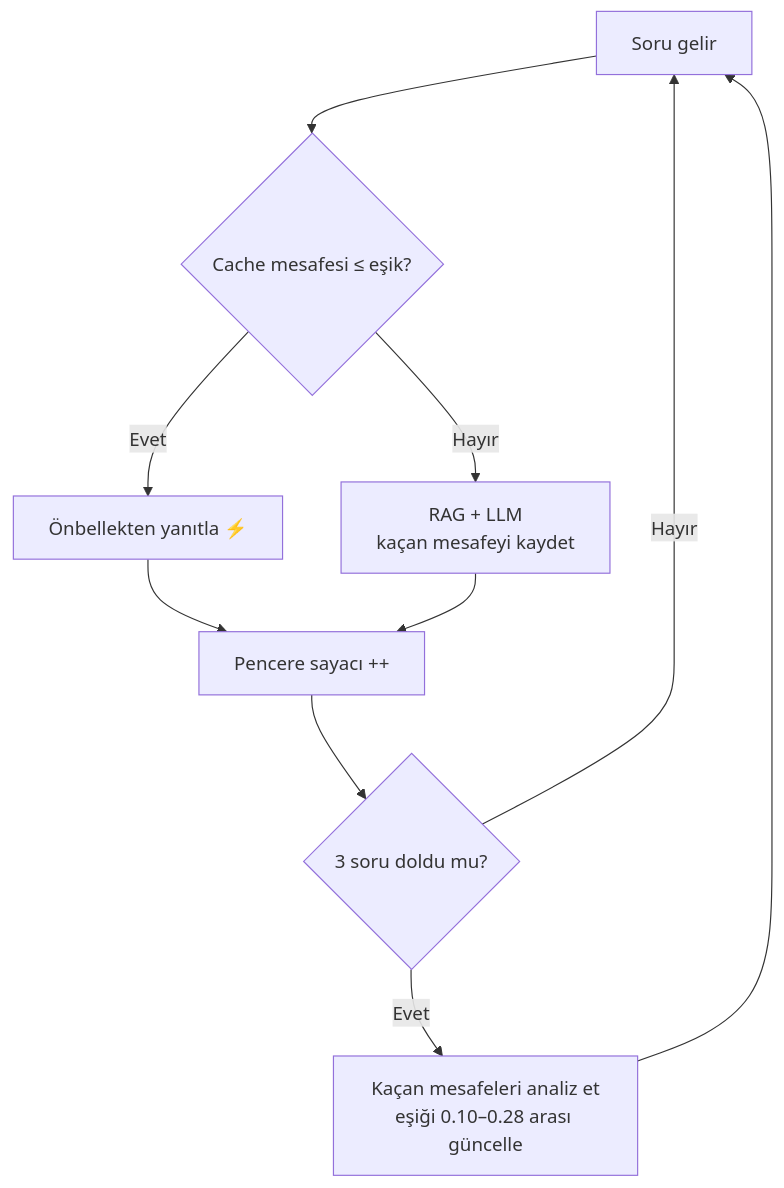
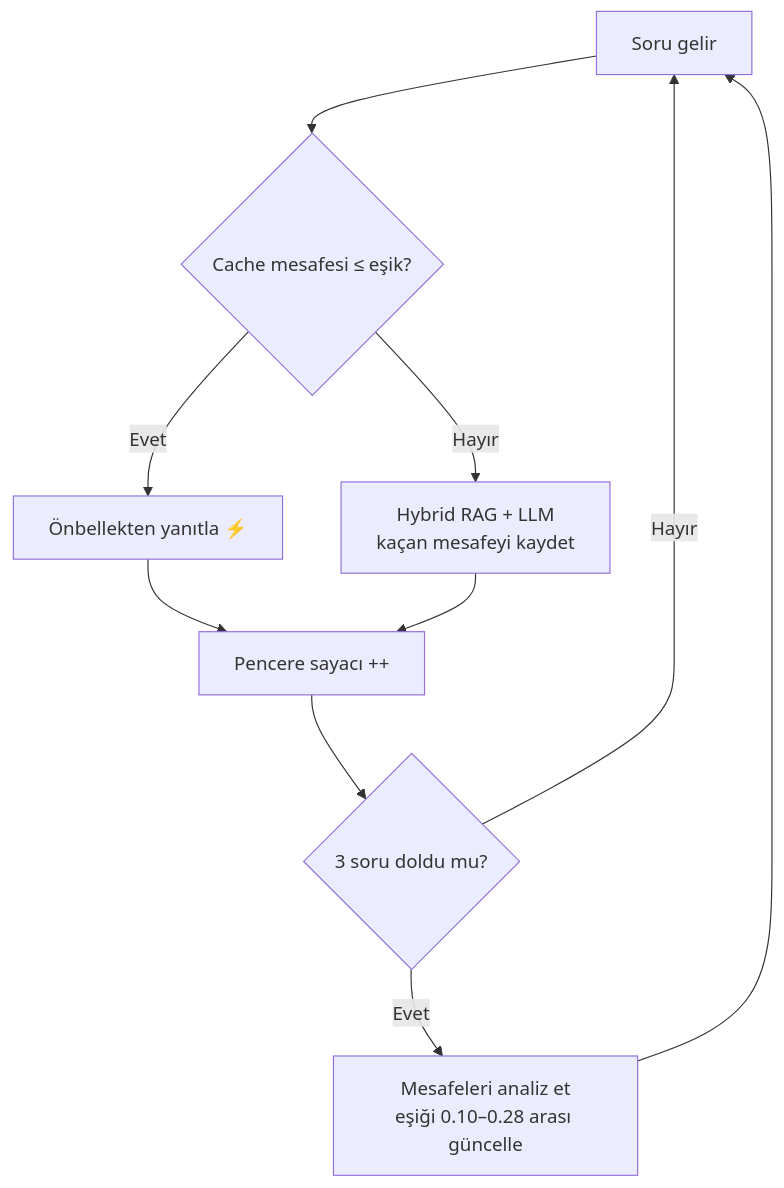
The third of 3 diagrams in README.md (fevziacikgoz/RagProject), drawn with Mermaid before and after one commit. The commit also changed other lines of this file and 15 other files, not shown here.

````diff
--- a/README.md
+++ b/README.md
@@ -153,12 +123,12 @@
 ```mermaid
 flowchart TD
     Q["Soru gelir"] --> M{"Cache mesafesi ≤ eşik?"}
     M -- "Evet" --> H["Önbellekten yanıtla ⚡"]
-    M -- "Hayır" --> R["RAG + LLM<br/>kaçan mesafeyi kaydet"]
+    M -- "Hayır" --> R["Hybrid RAG + LLM<br/>kaçan mesafeyi kaydet"]
     H --> N["Pencere sayacı ++"]
     R --> N
     N --> T{"3 soru doldu mu?"}
     T -- "Hayır" --> Q
-    T -- "Evet" --> A["Kaçan mesafeleri analiz et<br/>eşiği 0.10–0.28 arası güncelle"]
+    T -- "Evet" --> A["Mesafeleri analiz et<br/>eşiği 0.10–0.28 arası güncelle"]
     A --> Q
 ```
````
